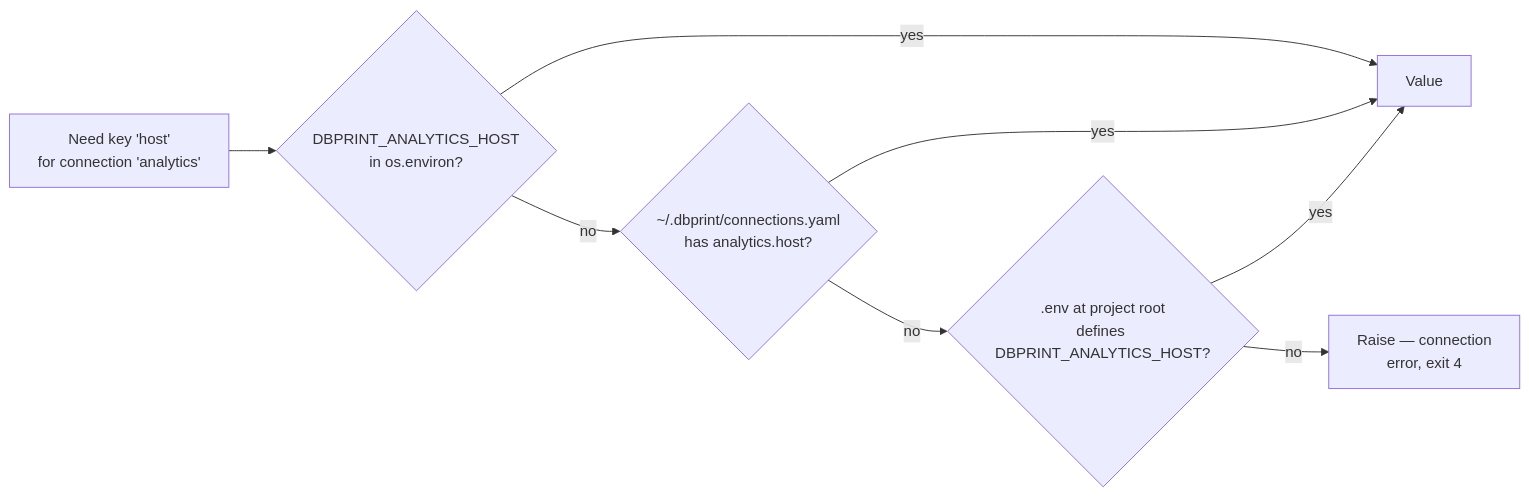
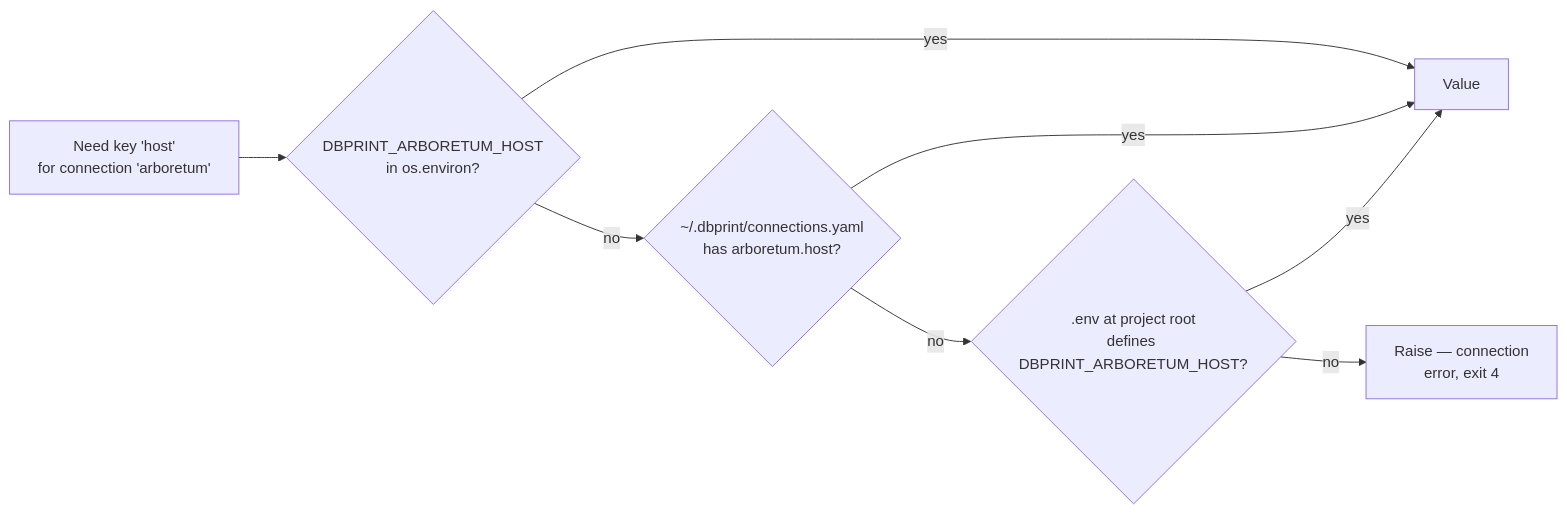
One commit to jakubro/dbprint changed the sixth of 6 diagrams in docs/ARCHITECTURE.md. Above: the diagram before and after it, drawn with Mermaid. The commit also changed other lines of this file and 270 other files, not shown here.

````diff
--- a/docs/ARCHITECTURE.md
+++ b/docs/ARCHITECTURE.md
@@ -978,10 +1023,10 @@
 ```mermaid
 flowchart LR
-    A[Need key 'host'<br/>for connection 'analytics'] --> B{DBPRINT_ANALYTICS_HOST<br/>in os.environ?}
+    A[Need key 'host'<br/>for connection 'arboretum'] --> B{DBPRINT_ARBORETUM_HOST<br/>in os.environ?}
     B -->|yes| Z[Value]
-    B -->|no| C{~/.dbprint/connections.yaml<br/>has analytics.host?}
+    B -->|no| C{~/.dbprint/connections.yaml<br/>has arboretum.host?}
     C -->|yes| Z
-    C -->|no| D{.env at project root<br/>defines DBPRINT_ANALYTICS_HOST?}
+    C -->|no| D{.env at project root<br/>defines DBPRINT_ARBORETUM_HOST?}
     D -->|yes| Z
     D -->|no| E[Raise — connection<br/>error, exit 4]
 ```
````
